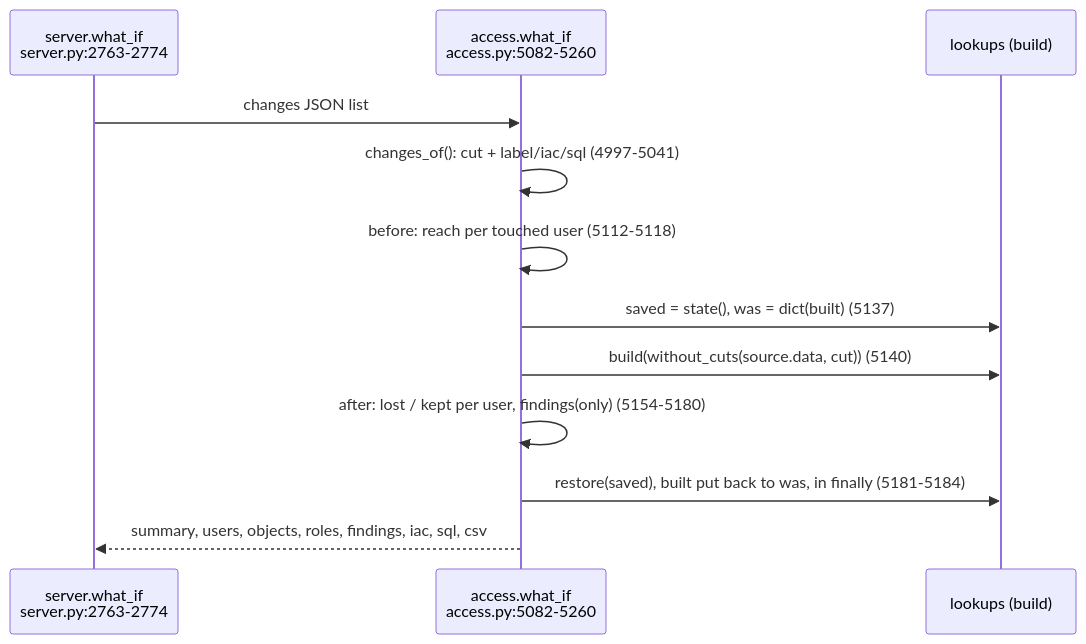
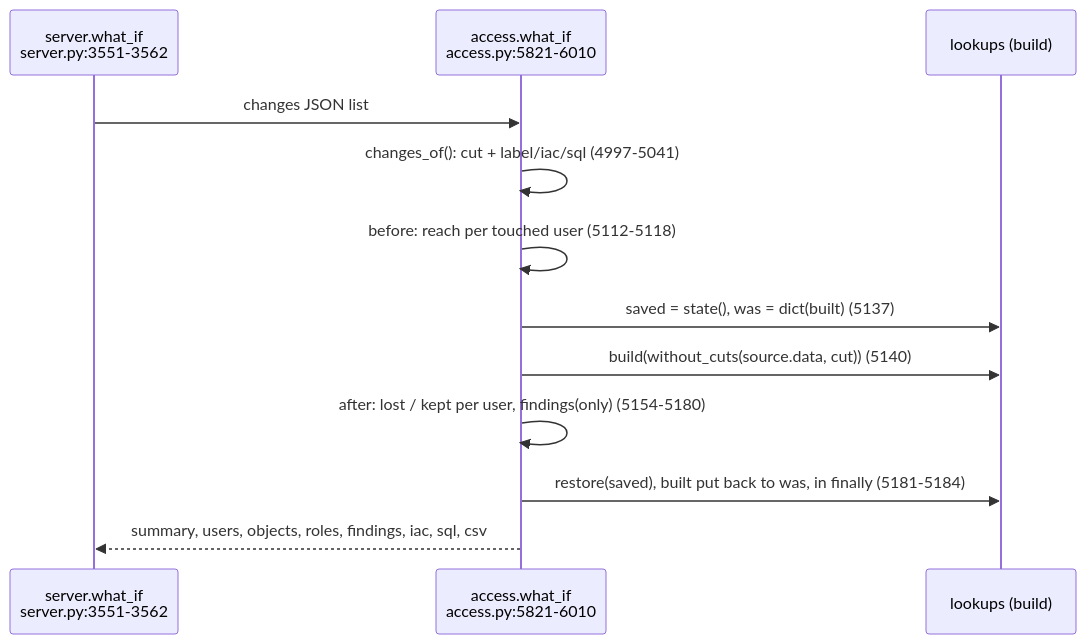
Before and after one commit to darshanmeel/snowflake-access-explorer: the diagram in snowflake-access-explorer-knowledge-graph/logic/what-if.md, drawn with Mermaid. The commit also changed other lines of this file and 97 other files, not shown here.

First line of the commit message:
Knowledge graph: updated for 80 commits (read levels, object inventory, object activity, graph focus, risks, Home)

````diff
--- a/snowflake-access-explorer-knowledge-graph/logic/what-if.md
+++ b/snowflake-access-explorer-knowledge-graph/logic/what-if.md
@@ -6,14 +6,14 @@
 ```mermaid
 sequenceDiagram
-  participant S as server.what_if<br/>server.py:2763-2774
-  participant W as access.what_if<br/>access.py:5082-5260
+  participant S as server.what_if<br/>server.py:3551-3562
+  participant W as access.what_if<br/>access.py:5821-6010
   participant L as lookups (build)
   S->>W: changes JSON list
   W->>W: changes_of(): cut + label/iac/sql (4997-5041)
   W->>W: before: reach per touched user (5112-5118)
   W->>L: saved = state(), was = dict(built) (5137)
   W->>L: build(without_cuts(source.data, cut)) (5140)
   W->>W: after: lost / kept per user, findings(only) (5154-5180)
   W->>L: restore(saved), built put back to was, in finally (5181-5184)
   W-->>S: summary, users, objects, roles, findings, iac, sql, csv
 ```
````
